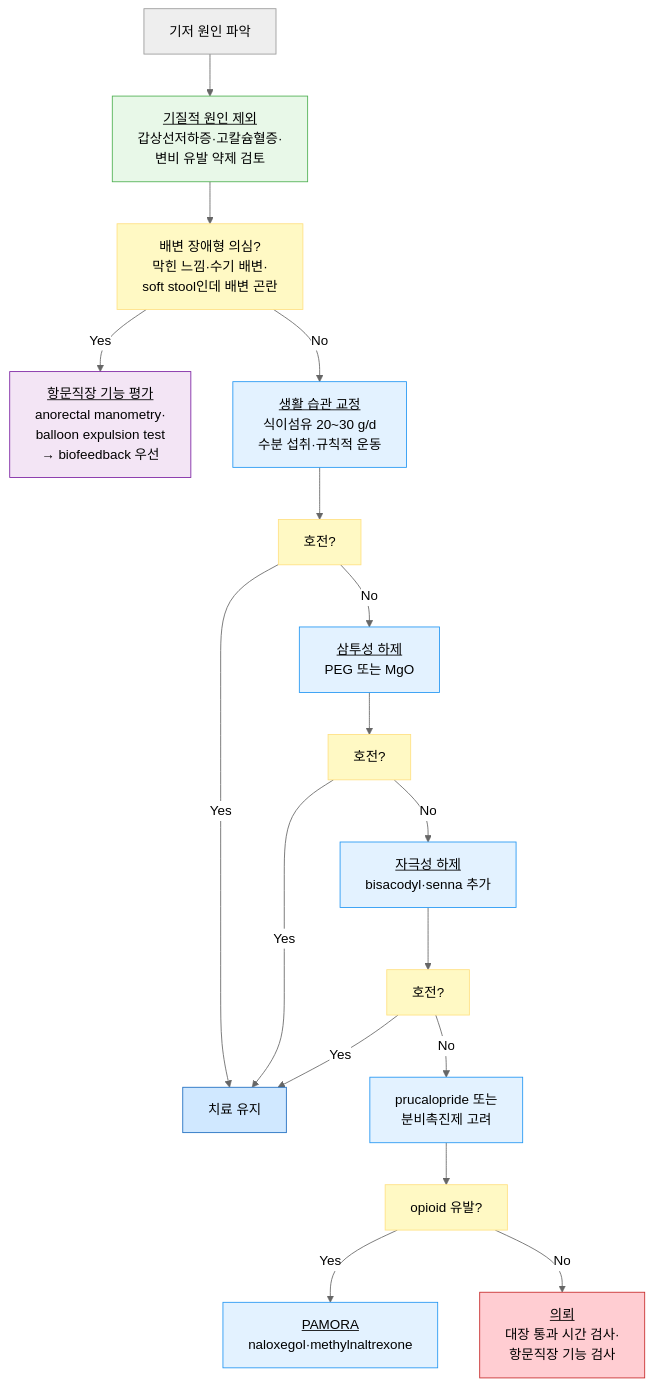
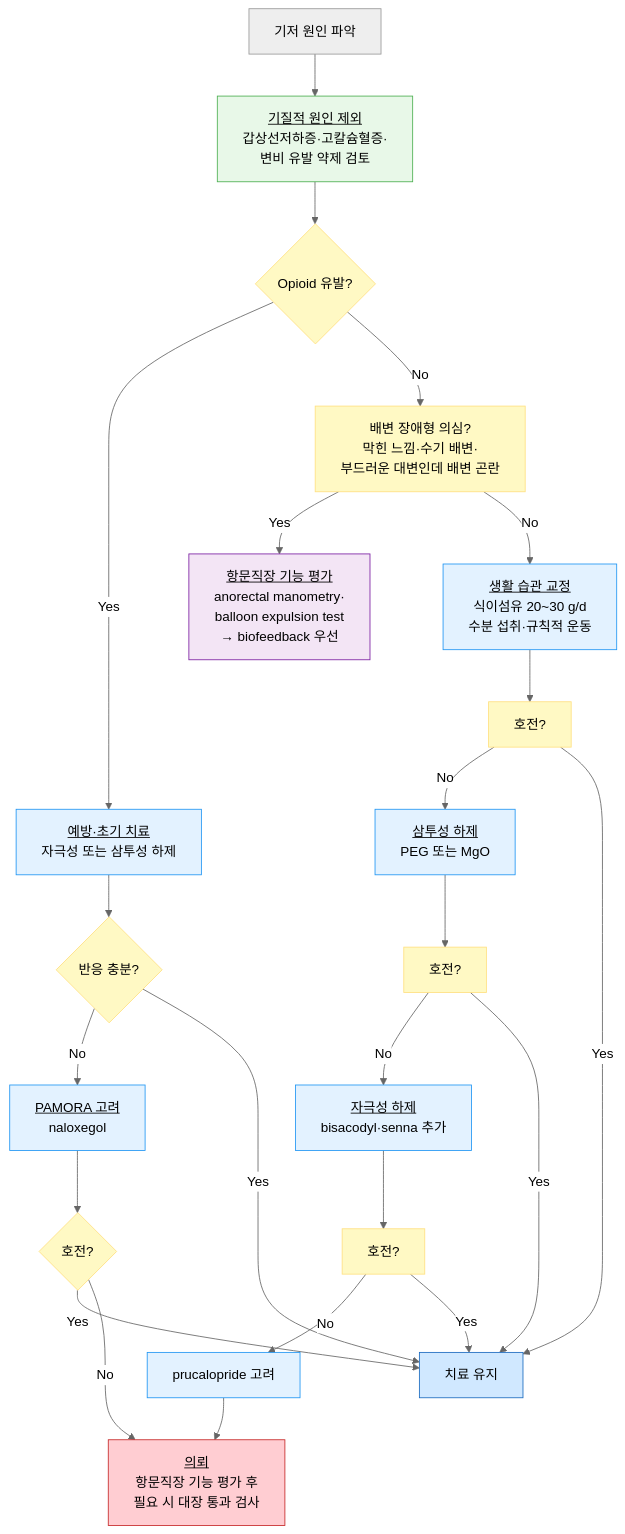
Before and after one commit to familyoh77/familyoh77: the diagram in 224_/082_-constipation.md, drawn with Mermaid (neutral theme). The commit also changed other lines of this file and 15 other files, not shown here.

````diff
--- a/224_/082_-constipation.md
+++ b/224_/082_-constipation.md
@@ -111,28 +115,34 @@
 ```mermaid
 graph TD
     B[기저 원인 파악]
     B --> C[<u>기질적 원인 제외</u><br/>갑상선저하증·고칼슘혈증·<br/>변비 유발 약제 검토]
-    C --> DYS[배변 장애형 의심?<br/>막힌 느낌·수기 배변·<br/>soft stool인데 배변 곤란]
+    C --> OIC{Opioid 유발?}
+    OIC -->|Yes| OL[<u>예방·초기 치료</u><br/>자극성 또는 삼투성 하제]
+    OL --> OR{반응 충분?}
+    OR -->|No| PAM[<u>PAMORA 고려</u><br/>naloxegol]
+    OR -->|Yes| Z[치료 유지]
+    PAM --> PR{호전?}
+    PR -->|Yes| Z
+    PR -->|No| M
+    OIC -->|No| DYS[배변 장애형 의심?<br/>막힌 느낌·수기 배변·<br/>부드러운 대변인데 배변 곤란]
     DYS -->|Yes| BF[<u>항문직장 기능 평가</u><br/>anorectal manometry·<br/>balloon expulsion test<br/>→ biofeedback 우선]
     DYS -->|No| D[<u>생활 습관 교정</u><br/>식이섬유 20~30 g/d<br/>수분 섭취·규칙적 운동]
     D --> E[호전?]
     E -->|No| F[<u>삼투성 하제</u><br/>PEG 또는 MgO]
-    E -->|Yes| Z[치료 유지]
+    E -->|Yes| Z
     F --> G[호전?]
     G -->|No| H[<u>자극성 하제</u><br/>bisacodyl·senna 추가]
     G -->|Yes| Z
     H --> I[호전?]
-    I -->|No| J[prucalopride 또는<br/>분비촉진제 고려]
+    I -->|No| J[prucalopride 고려]
     I -->|Yes| Z
-    J --> K[opioid 유발?]
-    K -->|Yes| L[<u>PAMORA</u><br/>naloxegol·methylnaltrexone]
-    K -->|No| M[<u>의뢰</u><br/>대장 통과 시간 검사·<br/>항문직장 기능 검사]
+    J --> M[<u>의뢰</u><br/>항문직장 기능 평가 후<br/>필요 시 대장 통과 검사]
 classDef yellow fill:#fff9c4,stroke:#ffe082
-class E,G,I,K,DYS yellow
+class E,G,I,OIC,OR,PR,DYS yellow
 classDef sky fill:#e3f2ff,stroke:#2196f3
-class D,F,H,J,L sky
+class D,F,H,J,OL,PAM sky
     style C fill:#e8f8e8,stroke:#4caf50
     style BF fill:#f3e5f5,stroke:#7b1fa2
     style Z fill:#d0e8ff,stroke:#1a6abf
     style M fill:#ffcdd2,stroke:#c62828
 ```
````
